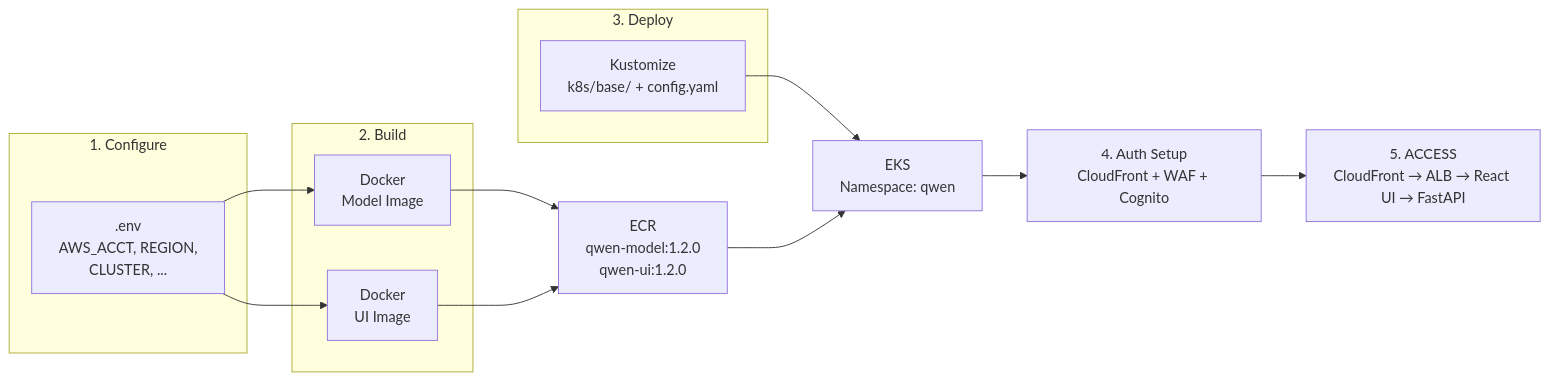
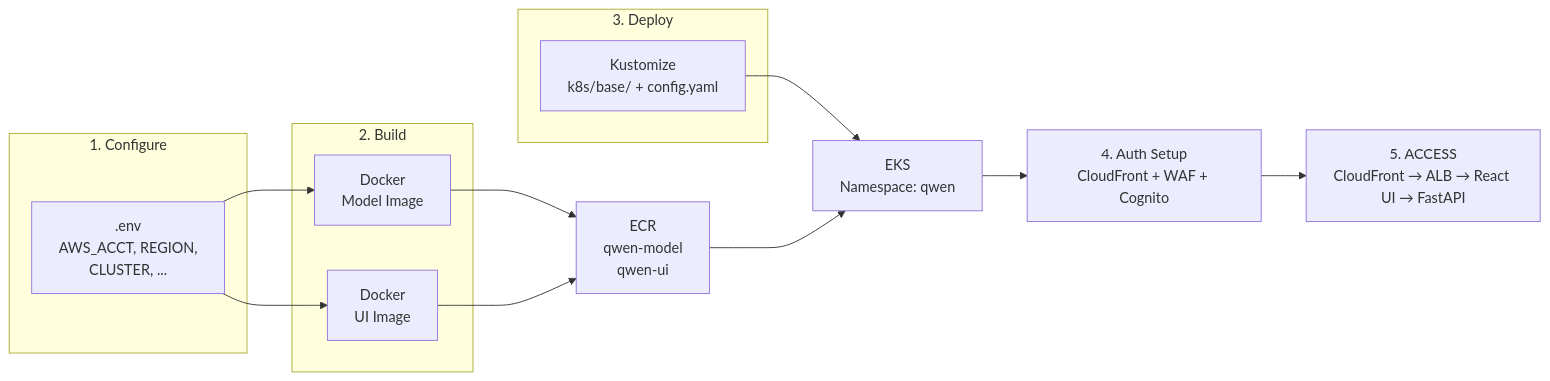
Before and after one commit to garystafford/qwen-image-edit-2511-eks-react: the third of 5 diagrams in README.md, drawn with Mermaid. The commit also changed other lines of this file and 4 other files, not shown here.

````diff
--- a/README.md
+++ b/README.md
@@ -56,24 +56,24 @@
 ```mermaid
 graph LR
     subgraph "1. Configure"
         env[".env<br/>AWS_ACCT, REGION,<br/>CLUSTER, ..."]
     end
 
     subgraph "2. Build"
         model_img["Docker<br/>Model Image"]
         ui_img["Docker<br/>UI Image"]
     end
 
     subgraph "3. Deploy"
         kust["Kustomize<br/>k8s/base/ + config.yaml"]
     end
 
     env --> model_img
     env --> ui_img
-    model_img --> ECR["ECR<br/>qwen-model:1.2.0<br/>qwen-ui:1.2.0"]
+    model_img --> ECR["ECR<br/>qwen-model<br/>qwen-ui"]
     ui_img --> ECR
     kust --> EKS["EKS<br/>Namespace: qwen"]
     ECR --> EKS
     EKS --> cfauth["4. Auth Setup<br/>CloudFront + WAF + Cognito"]
     cfauth --> access["5. ACCESS<br/>CloudFront → ALB → React UI → FastAPI"]
 ```
````
